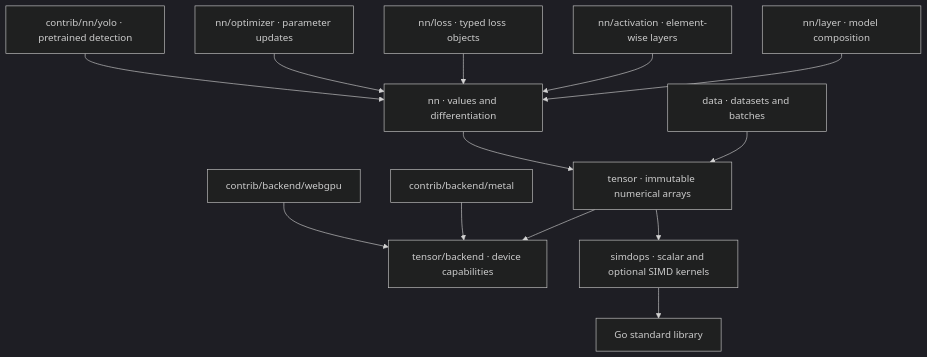
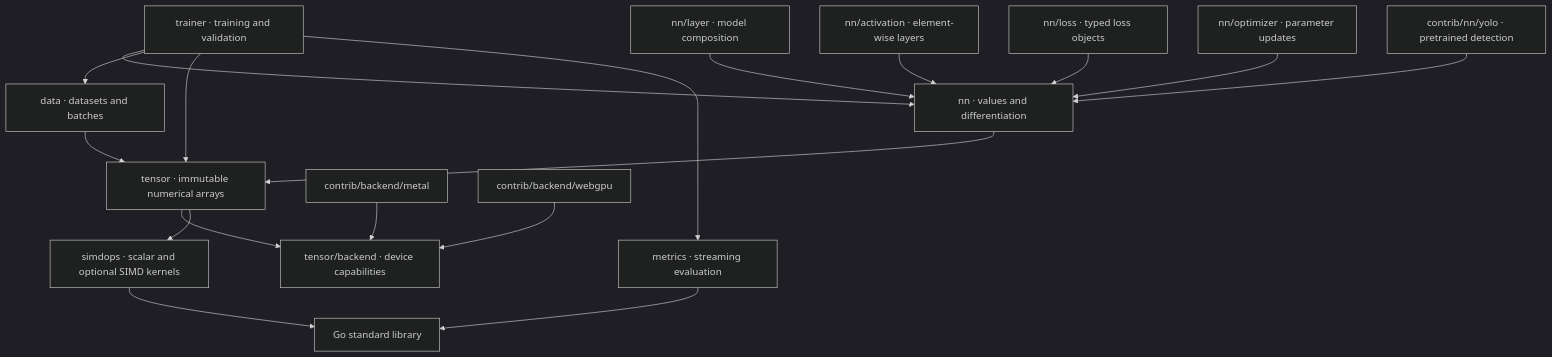
One commit to bpradana/goml changed the diagram in README.md. Above: the diagram before and after it, drawn with Mermaid (dark theme). The commit also changed other lines of this file and 15 other files, not shown here.

Commit message:
docs(trainer): document training metrics and resource ownership

````diff
--- a/README.md
+++ b/README.md
@@ -147,15 +154,20 @@
 ```mermaid
 flowchart TD
     Layer["nn/layer · model composition"] --> NN["nn · values and differentiation"]
     Activation["nn/activation · element-wise layers"] --> NN
     Loss["nn/loss · typed loss objects"] --> NN
     Optimizer["nn/optimizer · parameter updates"] --> NN
     YOLO["contrib/nn/yolo · pretrained detection"] --> NN
+    Trainer["trainer · training and validation"] --> NN
+    Trainer --> Data
+    Trainer --> Tensor
+    Trainer --> Metrics["metrics · streaming evaluation"]
+    Metrics --> Std
     Data["data · datasets and batches"] --> Tensor
     NN --> Tensor["tensor · immutable numerical arrays"]
     Tensor --> Contract["tensor/backend · device capabilities"]
     Metal["contrib/backend/metal"] --> Contract
     WebGPU["contrib/backend/webgpu"] --> Contract
     Tensor --> SIMD["simdops · scalar and optional SIMD kernels"]
     SIMD --> Std["Go standard library"]
 ```
````
